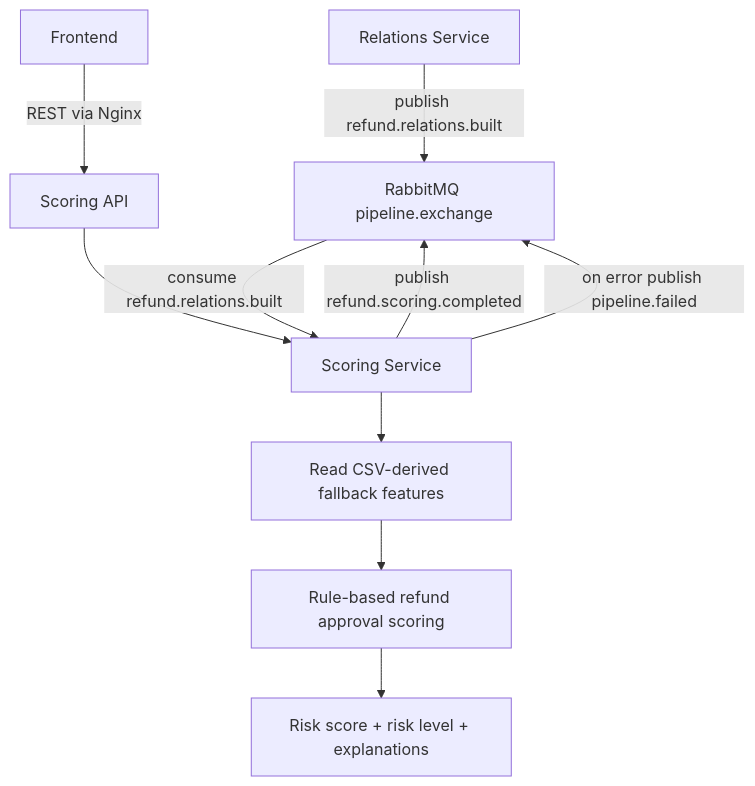
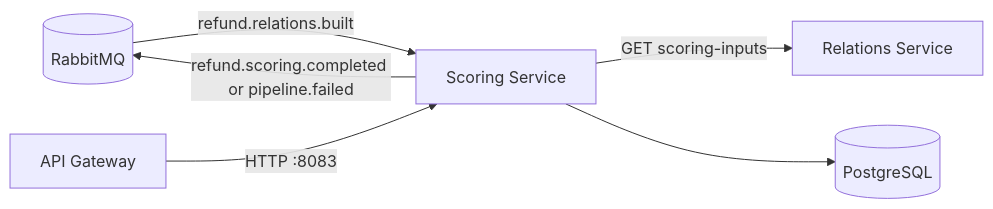
Before and after one commit to suxarikiii/Anti-Fraud-Detector: the first of 2 diagrams in backend/scoring-service/README.md, drawn with Mermaid. The commit also changed other lines of this file and 14 other files, not shown here.

````diff
--- a/backend/scoring-service/README.md
+++ b/backend/scoring-service/README.md
@@ -18,15 +16,8 @@
 ```mermaid
-flowchart TD
-    A[Relations Service] -->|publish refund.relations.built| B[RabbitMQ pipeline.exchange]
-    B -->|consume refund.relations.built| C[Scoring Service]
-
-    C --> D[Read CSV-derived fallback features]
-    D --> E[Rule-based refund approval scoring]
-    E --> F[Risk score + risk level + explanations]
-
-    C -->|publish refund.scoring.completed| B
-    C -->|on error publish pipeline.failed| B
-
-    H[Frontend] -->|REST via Nginx| I[Scoring API]
-    I --> C
+flowchart LR
+    MQ[(RabbitMQ)] -->|refund.relations.built| Scoring[Scoring Service]
+    Scoring -->|refund.scoring.completed or pipeline.failed| MQ
+    Scoring -->|GET scoring-inputs| Relations[Relations Service]
+    Scoring --> DB[(PostgreSQL)]
+    Gateway[API Gateway] -->|HTTP :8083| Scoring
 ```
````
